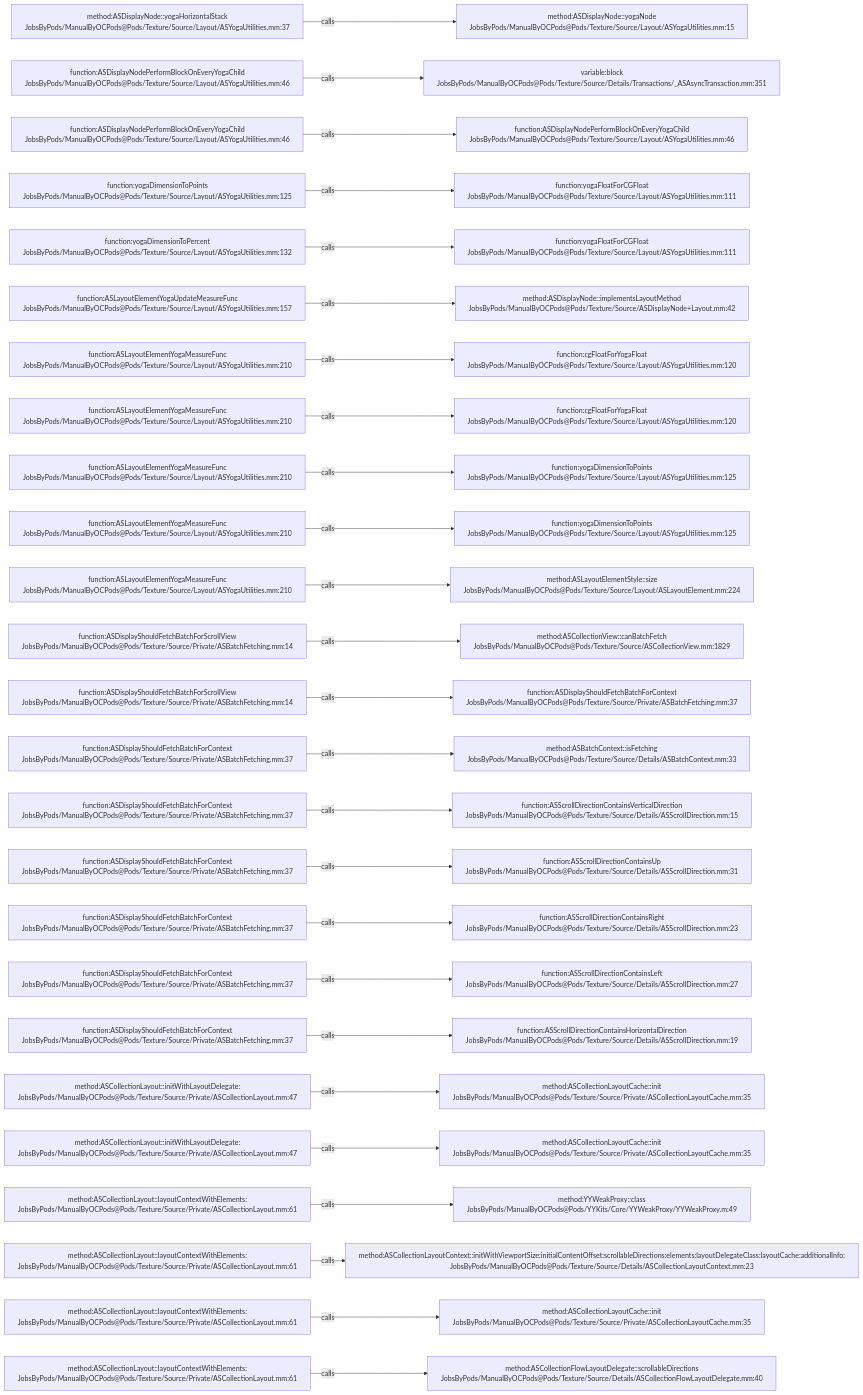
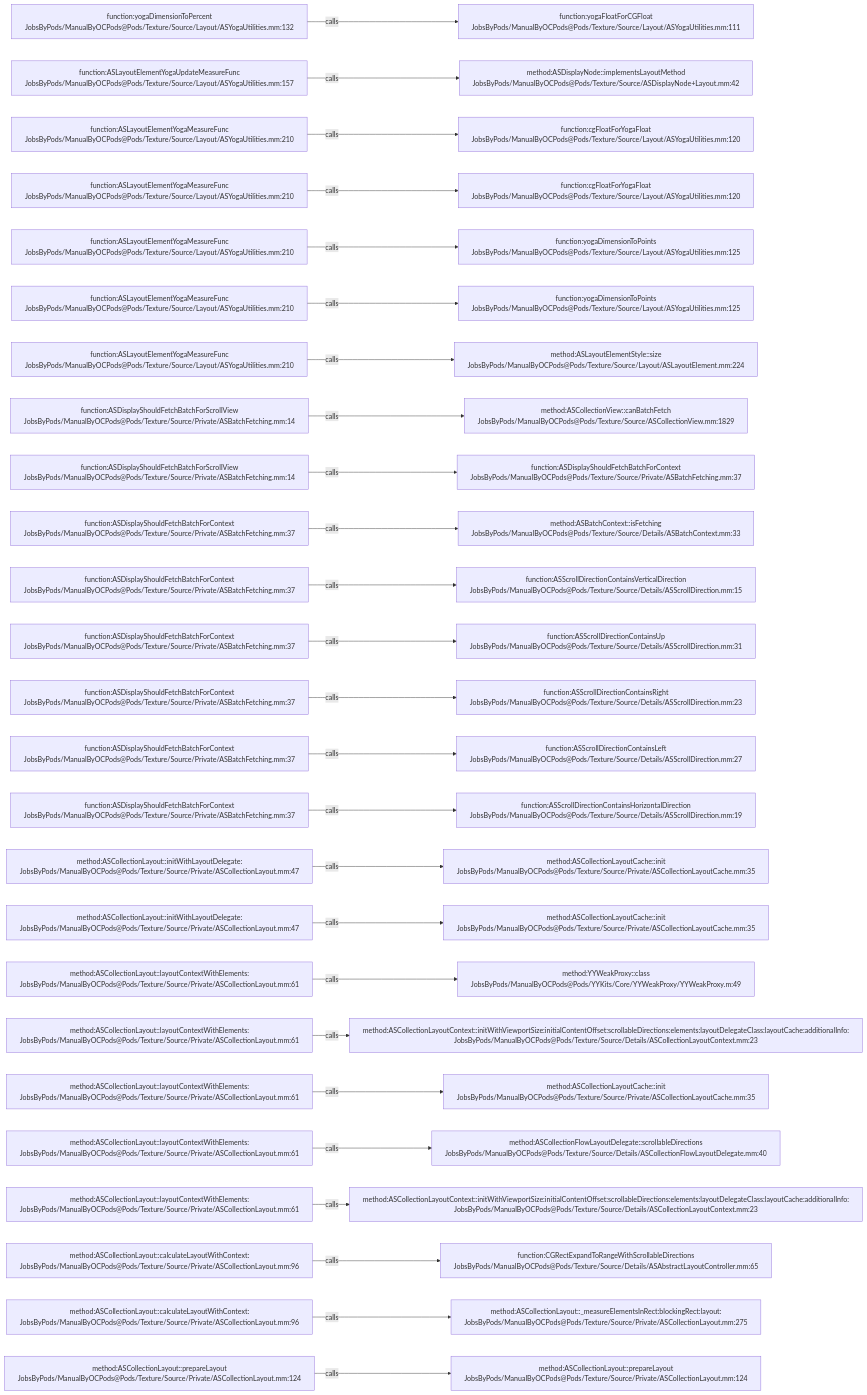
One commit to JobsKits/JobsOCBaseConfigDemo changed the diagram in .codegraph/codegraph.md/graphs/calls-182.md. Above: the diagram before and after it, drawn with Mermaid. The commit also changed 727 other files, not shown here.

````diff
--- a/.codegraph/codegraph.md/graphs/calls-182.md
+++ b/.codegraph/codegraph.md/graphs/calls-182.md
@@ -13,78 +13,78 @@
 ```mermaid
 flowchart LR
-  S1["method:ASDisplayNode::yogaHorizontalStack<br/>JobsByPods/ManualByOCPods@Pods/Texture/Source/Layout/ASYogaUtilities.mm:37"]
-  T1["method:ASDisplayNode::yogaNode<br/>JobsByPods/ManualByOCPods@Pods/Texture/Source/Layout/ASYogaUtilities.mm:15"]
+  S1["function:yogaDimensionToPercent<br/>JobsByPods/ManualByOCPods@Pods/Texture/Source/Layout/ASYogaUtilities.mm:132"]
+  T1["function:yogaFloatForCGFloat<br/>JobsByPods/ManualByOCPods@Pods/Texture/Source/Layout/ASYogaUtilities.mm:111"]
   S1 -->|calls| T1
-  S2["function:ASDisplayNodePerformBlockOnEveryYogaChild<br/>JobsByPods/ManualByOCPods@Pods/Texture/Source/Layout/ASYogaUtilities.mm:46"]
-  T2["variable:block<br/>JobsByPods/ManualByOCPods@Pods/Texture/Source/Details/Transactions/_ASAsyncTransaction.mm:351"]
+  S2["function:ASLayoutElementYogaUpdateMeasureFunc<br/>JobsByPods/ManualByOCPods@Pods/Texture/Source/Layout/ASYogaUtilities.mm:157"]
+  T2["method:ASDisplayNode::implementsLayoutMethod<br/>JobsByPods/ManualByOCPods@Pods/Texture/Source/ASDisplayNode+Layout.mm:42"]
   S2 -->|calls| T2
-  S3["function:ASDisplayNodePerformBlockOnEveryYogaChild<br/>JobsByPods/ManualByOCPods@Pods/Texture/Source/Layout/ASYogaUtilities.mm:46"]
-  T3["function:ASDisplayNodePerformBlockOnEveryYogaChild<br/>JobsByPods/ManualByOCPods@Pods/Texture/Source/Layout/ASYogaUtilities.mm:46"]
+  S3["function:ASLayoutElementYogaMeasureFunc<br/>JobsByPods/ManualByOCPods@Pods/Texture/Source/Layout/ASYogaUtilities.mm:210"]
+  T3["function:cgFloatForYogaFloat<br/>JobsByPods/ManualByOCPods@Pods/Texture/Source/Layout/ASYogaUtilities.mm:120"]
   S3 -->|calls| T3
-  S4["function:yogaDimensionToPoints<br/>JobsByPods/ManualByOCPods@Pods/Texture/Source/Layout/ASYogaUtilities.mm:125"]
-  T4["function:yogaFloatForCGFloat<br/>JobsByPods/ManualByOCPods@Pods/Texture/Source/Layout/ASYogaUtilities.mm:111"]
+  S4["function:ASLayoutElementYogaMeasureFunc<br/>JobsByPods/ManualByOCPods@Pods/Texture/Source/Layout/ASYogaUtilities.mm:210"]
+  T4["function:cgFloatForYogaFloat<br/>JobsByPods/ManualByOCPods@Pods/Texture/Source/Layout/ASYogaUtilities.mm:120"]
   S4 -->|calls| T4
-  S5["function:yogaDimensionToPercent<br/>JobsByPods/ManualByOCPods@Pods/Texture/Source/Layout/ASYogaUtilities.mm:132"]
-  T5["function:yogaFloatForCGFloat<br/>JobsByPods/ManualByOCPods@Pods/Texture/Source/Layout/ASYogaUtilities.mm:111"]
+  S5["function:ASLayoutElementYogaMeasureFunc<br/>JobsByPods/ManualByOCPods@Pods/Texture/Source/Layout/ASYogaUtilities.mm:210"]
+  T5["function:yogaDimensionToPoints<br/>JobsByPods/ManualByOCPods@Pods/Texture/Source/Layout/ASYogaUtilities.mm:125"]
   S5 -->|calls| T5
-  S6["function:ASLayoutElementYogaUpdateMeasureFunc<br/>JobsByPods/ManualByOCPods@Pods/Texture/Source/Layout/ASYogaUtilities.mm:157"]
-  T6["method:ASDisplayNode::implementsLayoutMethod<br/>JobsByPods/ManualByOCPods@Pods/Texture/Source/ASDisplayNode+Layout.mm:42"]
+  S6["function:ASLayoutElementYogaMeasureFunc<br/>JobsByPods/ManualByOCPods@Pods/Texture/Source/Layout/ASYogaUtilities.mm:210"]
+  T6["function:yogaDimensionToPoints<br/>JobsByPods/ManualByOCPods@Pods/Texture/Source/Layout/ASYogaUtilities.mm:125"]
   S6 -->|calls| T6
   S7["function:ASLayoutElementYogaMeasureFunc<br/>JobsByPods/ManualByOCPods@Pods/Texture/Source/Layout/ASYogaUtilities.mm:210"]
-  T7["function:cgFloatForYogaFloat<br/>JobsByPods/ManualByOCPods@Pods/Texture/Source/Layout/ASYogaUtilities.mm:120"]
+  T7["method:ASLayoutElementStyle::size<br/>JobsByPods/ManualByOCPods@Pods/Texture/Source/Layout/ASLayoutElement.mm:224"]
   S7 -->|calls| T7
-  S8["function:ASLayoutElementYogaMeasureFunc<br/>JobsByPods/ManualByOCPods@Pods/Texture/Source/Layout/ASYogaUtilities.mm:210"]
-  T8["function:cgFloatForYogaFloat<br/>JobsByPods/ManualByOCPods@Pods/Texture/Source/Layout/ASYogaUtilities.mm:120"]
+  S8["function:ASDisplayShouldFetchBatchForScrollView<br/>JobsByPods/ManualByOCPods@Pods/Texture/Source/Private/ASBatchFetching.mm:14"]
+  T8["method:ASCollectionView::canBatchFetch<br/>JobsByPods/ManualByOCPods@Pods/Texture/Source/ASCollectionView.mm:1829"]
   S8 -->|calls| T8
-  S9["function:ASLayoutElementYogaMeasureFunc<br/>JobsByPods/ManualByOCPods@Pods/Texture/Source/Layout/ASYogaUtilities.mm:210"]
-  T9["function:yogaDimensionToPoints<br/>JobsByPods/ManualByOCPods@Pods/Texture/Source/Layout/ASYogaUtilities.mm:125"]
+  S9["function:ASDisplayShouldFetchBatchForScrollView<br/>JobsByPods/ManualByOCPods@Pods/Texture/Source/Private/ASBatchFetching.mm:14"]
+  T9["function:ASDisplayShouldFetchBatchForContext<br/>JobsByPods/ManualByOCPods@Pods/Texture/Source/Private/ASBatchFetching.mm:37"]
   S9 -->|calls| T9
-  S10["function:ASLayoutElementYogaMeasureFunc<br/>JobsByPods/ManualByOCPods@Pods/Texture/Source/Layout/ASYogaUtilities.mm:210"]
-  T10["function:yogaDimensionToPoints<br/>JobsByPods/ManualByOCPods@Pods/Texture/Source/Layout/ASYogaUtilities.mm:125"]
+  S10["function:ASDisplayShouldFetchBatchForContext<br/>JobsByPods/ManualByOCPods@Pods/Texture/Source/Private/ASBatchFetching.mm:37"]
+  T10["method:ASBatchContext::isFetching<br/>JobsByPods/ManualByOCPods@Pods/Texture/Source/Details/ASBatchContext.mm:33"]
   S10 -->|calls| T10
-  S11["function:ASLayoutElementYogaMeasureFunc<br/>JobsByPods/ManualByOCPods@Pods/Texture/Source/Layout/ASYogaUtilities.mm:210"]
-  T11["method:ASLayoutElementStyle::size<br/>JobsByPods/ManualByOCPods@Pods/Texture/Source/Layout/ASLayoutElement.mm:224"]
+  S11["function:ASDisplayShouldFetchBatchForContext<br/>JobsByPods/ManualByOCPods@Pods/Texture/Source/Private/ASBatchFetching.mm:37"]
+  T11["function:ASScrollDirectionContainsVerticalDirection<br/>JobsByPods/ManualByOCPods@Pods/Texture/Source/Details/ASScrollDirection.mm:15"]
   S11 -->|calls| T11
-  S12["function:ASDisplayShouldFetchBatchForScrollView<br/>JobsByPods/ManualByOCPods@Pods/Texture/Source/Private/ASBatchFetching.mm:14"]
-  T12["method:ASCollectionView::canBatchFetch<br/>JobsByPods/ManualByOCPods@Pods/Texture/Source/ASCollectionView.mm:1829"]
+  S12["function:ASDisplayShouldFetchBatchForContext<br/>JobsByPods/ManualByOCPods@Pods/Texture/Source/Private/ASBatchFetching.mm:37"]
+  T12["function:ASScrollDirectionContainsUp<br/>JobsByPods/ManualByOCPods@Pods/Texture/Source/Details/ASScrollDirection.mm:31"]
   S12 -->|calls| T12
-  S13["function:ASDisplayShouldFetchBatchForScrollView<br/>JobsByPods/ManualByOCPods@Pods/Texture/Source/Private/ASBatchFetching.mm:14"]
-  T13["function:ASDisplayShouldFetchBatchForContext<br/>JobsByPods/ManualByOCPods@Pods/Texture/Source/Private/ASBatchFetching.mm:37"]
+  S13["function:ASDisplayShouldFetchBatchForContext<br/>JobsByPods/ManualByOCPods@Pods/Texture/Source/Private/ASBatchFetching.mm:37"]
+  T13["function:ASScrollDirectionContainsRight<br/>JobsByPods/ManualByOCPods@Pods/Texture/Source/Details/ASScrollDirection.mm:23"]
   S13 -->|calls| T13
   S14["function:ASDisplayShouldFetchBatchForContext<br/>JobsByPods/ManualByOCPods@Pods/Texture/Source/Private/ASBatchFetching.mm:37"]
-  T14["method:ASBatchContext::isFetching<br/>JobsByPods/ManualByOCPods@Pods/Texture/Source/Details/ASBatchContext.mm:33"]
+  T14["function:ASScrollDirectionContainsLeft<br/>JobsByPods/ManualByOCPods@Pods/Texture/Source/Details/ASScrollDirection.mm:27"]
   S14 -->|calls| T14
   S15["function:ASDisplayShouldFetchBatchForContext<br/>JobsByPods/ManualByOCPods@Pods/Texture/Source/Private/ASBatchFetching.mm:37"]
-  T15["function:ASScrollDirectionContainsVerticalDirection<br/>JobsByPods/ManualByOCPods@Pods/Texture/Source/Details/ASScrollDirection.mm:15"]
+  T15["function:ASScrollDirectionContainsHorizontalDirection<br/>JobsByPods/ManualByOCPods@Pods/Texture/Source/Details/ASScrollDirection.mm:19"]
   S15 -->|calls| T15
-  S16["function:ASDisplayShouldFetchBatchForContext<br/>JobsByPods/ManualByOCPods@Pods/Texture/Source/Private/ASBatchFetching.mm:37"]
-  T16["function:ASScrollDirectionContainsUp<br/>JobsByPods/ManualByOCPods@Pods/Texture/Source/Details/ASScrollDirection.mm:31"]
+  S16["method:ASCollectionLayout::initWithLayoutDelegate:<br/>JobsByPods/ManualByOCPods@Pods/Texture/Source/Private/ASCollectionLayout.mm:47"]
+  T16["method:ASCollectionLayoutCache::init<br/>JobsByPods/ManualByOCPods@Pods/Texture/Source/Private/ASCollectionLayoutCache.mm:35"]
   S16 -->|calls| T16
-  S17["function:ASDisplayShouldFetchBatchForContext<br/>JobsByPods/ManualByOCPods@Pods/Texture/Source/Private/ASBatchFetching.mm:37"]
-  T17["function:ASScrollDirectionContainsRight<br/>JobsByPods/ManualByOCPods@Pods/Texture/Source/Details/ASScrollDirection.mm:23"]
+  S17["method:ASCollectionLayout::initWithLayoutDelegate:<br/>JobsByPods/ManualByOCPods@Pods/Texture/Source/Private/ASCollectionLayout.mm:47"]
+  T17["method:ASCollectionLayoutCache::init<br/>JobsByPods/ManualByOCPods@Pods/Texture/Source/Private/ASCollectionLayoutCache.mm:35"]
   S17 -->|calls| T17
-  S18["function:ASDisplayShouldFetchBatchForContext<br/>JobsByPods/ManualByOCPods@Pods/Texture/Source/Private/ASBatchFetching.mm:37"]
-  T18["function:ASScrollDirectionContainsLeft<br/>JobsByPods/ManualByOCPods@Pods/Texture/Source/Details/ASScrollDirection.mm:27"]
+  S18["method:ASCollectionLayout::layoutContextWithElements:<br/>JobsByPods/ManualByOCPods@Pods/Texture/Source/Private/ASCollectionLayout.mm:61"]
+  T18["method:YYWeakProxy::class<br/>JobsByPods/ManualByOCPods@Pods/YYKits/Core/YYWeakProxy/YYWeakProxy.m:49"]
   S18 -->|calls| T18
-  S19["function:ASDisplayShouldFetchBatchForContext<br/>JobsByPods/ManualByOCPods@Pods/Texture/Source/Private/ASBatchFetching.mm:37"]
-  T19["function:ASScrollDirectionContainsHorizontalDirection<br/>JobsByPods/ManualByOCPods@Pods/Texture/Source/Details/ASScrollDirection.mm:19"]
+  S19["method:ASCollectionLayout::layoutContextWithElements:<br/>JobsByPods/ManualByOCPods@Pods/Texture/Source/Private/ASCollectionLayout.mm:61"]
+  T19["method:ASCollectionLayoutContext::initWithViewportSize:initialContentOffset:scrollableDirections:elements:layoutDelegateClass:layoutCache:additionalInfo:<br/>JobsByPods/ManualByOCPods@Pods/Texture/Source/Details/ASCollectionLayoutContext.mm:23"]
   S19 -->|calls| T19
-  S20["method:ASCollectionLayout::initWithLayoutDelegate:<br/>JobsByPods/ManualByOCPods@Pods/Texture/Source/Private/ASCollectionLayout.mm:47"]
+  S20["method:ASCollectionLayout::layoutContextWithElements:<br/>JobsByPods/ManualByOCPods@Pods/Texture/Source/Private/ASCollectionLayout.mm:61"]
   T20["method:ASCollectionLayoutCache::init<br/>JobsByPods/ManualByOCPods@Pods/Texture/Source/Private/ASCollectionLayoutCache.mm:35"]
   S20 -->|calls| T20
-  S21["method:ASCollectionLayout::initWithLayoutDelegate:<br/>JobsByPods/ManualByOCPods@Pods/Texture/Source/Private/ASCollectionLayout.mm:47"]
-  T21["method:ASCollectionLayoutCache::init<br/>JobsByPods/ManualByOCPods@Pods/Texture/Source/Private/ASCollectionLayoutCache.mm:35"]
+  S21["method:ASCollectionLayout::layoutContextWithElements:<br/>JobsByPods/ManualByOCPods@Pods/Texture/Source/Private/ASCollectionLayout.mm:61"]
+  T21["method:ASCollectionFlowLayoutDelegate::scrollableDirections<br/>JobsByPods/ManualByOCPods@Pods/Texture/Source/Details/ASCollectionFlowLayoutDelegate.mm:40"]
   S21 -->|calls| T21
   S22["method:ASCollectionLayout::layoutContextWithElements:<br/>JobsByPods/ManualByOCPods@Pods/Texture/Source/Private/ASCollectionLayout.mm:61"]
-  T22["method:YYWeakProxy::class<br/>JobsByPods/ManualByOCPods@Pods/YYKits/Core/YYWeakProxy/YYWeakProxy.m:49"]
+  T22["method:ASCollectionLayoutContext::initWithViewportSize:initialContentOffset:scrollableDirections:elements:layoutDelegateClass:layoutCache:additionalInfo:<br/>JobsByPods/ManualByOCPods@Pods/Texture/Source/Details/ASCollectionLayoutContext.mm:23"]
   S22 -->|calls| T22
-  S23["method:ASCollectionLayout::layoutContextWithElements:<br/>JobsByPods/ManualByOCPods@Pods/Texture/Source/Private/ASCollectionLayout.mm:61"]
-  T23["method:ASCollectionLayoutContext::initWithViewportSize:initialContentOffset:scrollableDirections:elements:layoutDelegateClass:layoutCache:additionalInfo:<br/>JobsByPods/ManualByOCPods@Pods/Texture/Source/Details/ASCollectionLayoutContext.mm:23"]
+  S23["method:ASCollectionLayout::calculateLayoutWithContext:<br/>JobsByPods/ManualByOCPods@Pods/Texture/Source/Private/ASCollectionLayout.mm:96"]
+  T23["function:CGRectExpandToRangeWithScrollableDirections<br/>JobsByPods/ManualByOCPods@Pods/Texture/Source/Details/ASAbstractLayoutController.mm:65"]
   S23 -->|calls| T23
-  S24["method:ASCollectionLayout::layoutContextWithElements:<br/>JobsByPods/ManualByOCPods@Pods/Texture/Source/Private/ASCollectionLayout.mm:61"]
-  T24["method:ASCollectionLayoutCache::init<br/>JobsByPods/ManualByOCPods@Pods/Texture/Source/Private/ASCollectionLayoutCache.mm:35"]
+  S24["method:ASCollectionLayout::calculateLayoutWithContext:<br/>JobsByPods/ManualByOCPods@Pods/Texture/Source/Private/ASCollectionLayout.mm:96"]
+  T24["method:ASCollectionLayout::_measureElementsInRect:blockingRect:layout:<br/>JobsByPods/ManualByOCPods@Pods/Texture/Source/Private/ASCollectionLayout.mm:275"]
   S24 -->|calls| T24
-  S25["method:ASCollectionLayout::layoutContextWithElements:<br/>JobsByPods/ManualByOCPods@Pods/Texture/Source/Private/ASCollectionLayout.mm:61"]
-  T25["method:ASCollectionFlowLayoutDelegate::scrollableDirections<br/>JobsByPods/ManualByOCPods@Pods/Texture/Source/Details/ASCollectionFlowLayoutDelegate.mm:40"]
+  S25["method:ASCollectionLayout::prepareLayout<br/>JobsByPods/ManualByOCPods@Pods/Texture/Source/Private/ASCollectionLayout.mm:124"]
+  T25["method:ASCollectionLayout::prepareLayout<br/>JobsByPods/ManualByOCPods@Pods/Texture/Source/Private/ASCollectionLayout.mm:124"]
   S25 -->|calls| T25
 ```
````
